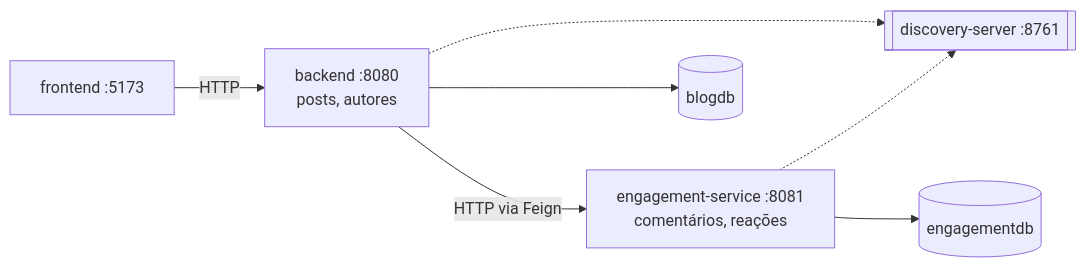
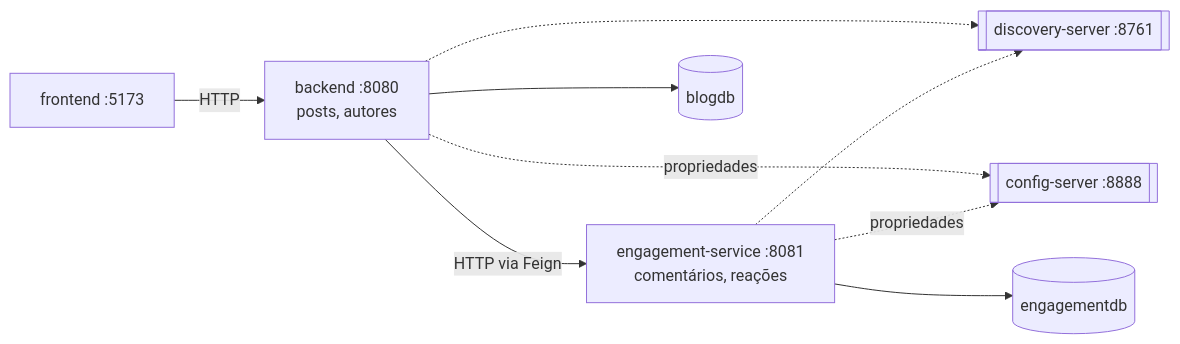
Before and after one commit to vctorgriggi/Projeto-Bloco-Teste-Performance-02: the diagram in README.md, drawn with Mermaid. The commit also changed other lines of this file and 24 other files, not shown here.

````diff
--- a/README.md
+++ b/README.md
@@ -31,9 +36,11 @@
 ```mermaid
 flowchart LR
     FE["frontend :5173"] -->|"HTTP"| MONO["backend :8080<br/>posts, autores"]
     MONO -->|"HTTP via Feign"| ENG["engagement-service :8081<br/>comentários, reações"]
     MONO -.-> EUR[["discovery-server :8761"]]
     ENG -.-> EUR
+    MONO -.propriedades.-> CFG[["config-server :8888"]]
+    ENG -.propriedades.-> CFG
     MONO --> DB1[("blogdb")]
     ENG --> DB2[("engagementdb")]
 ```
````
